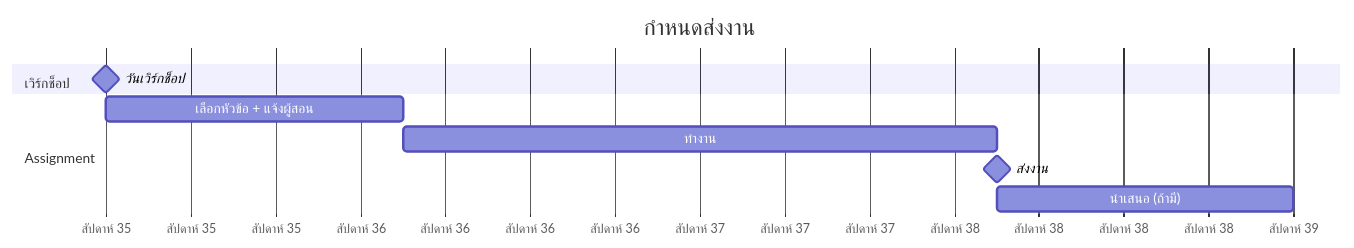
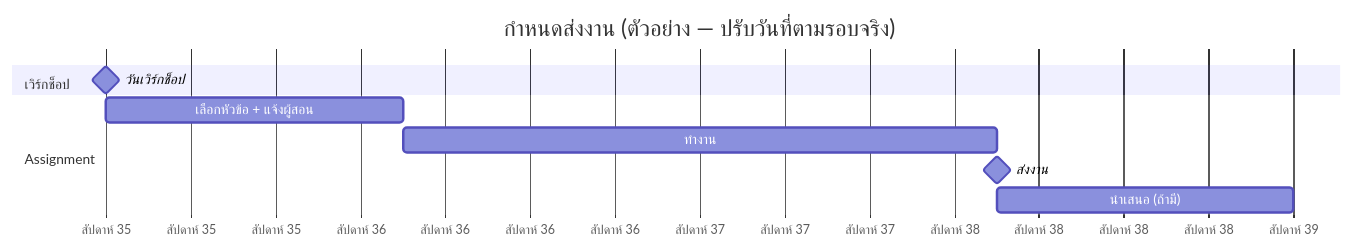
The third of 3 diagrams in docs/09-assessment.md (chaisit/guppyllm-workshop), drawn with Mermaid before and after one commit. The commit also changed other lines of this file and 7 other files, not shown here.

````diff
--- a/docs/09-assessment.md
+++ b/docs/09-assessment.md
@@ -189,15 +191,15 @@
 ```mermaid
 gantt
-    title กำหนดส่งงาน
+    title กำหนดส่งงาน (ตัวอย่าง — ปรับวันที่ตามรอบจริง)
     dateFormat YYYY-MM-DD
     axisFormat สัปดาห์ %W
 
     section เวิร์กช็อป
     วันเวิร์กช็อป          :milestone, w0, 2026-09-01, 0d
 
     section Assignment
     เลือกหัวข้อ + แจ้งผู้สอน  :a1, 2026-09-01, 7d
     ทำงาน                 :a2, after a1, 14d
     ส่งงาน                :milestone, a3, 2026-09-22, 0d
     นำเสนอ (ถ้ามี)         :a4, 2026-09-22, 7d
 ```
````
